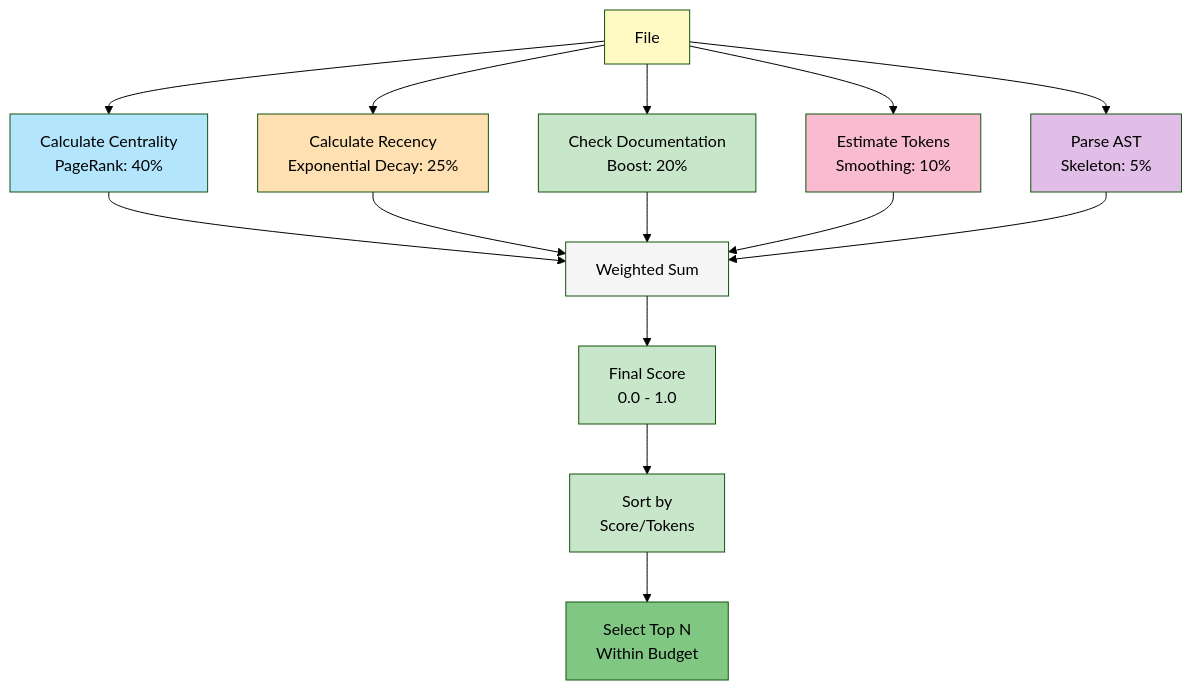
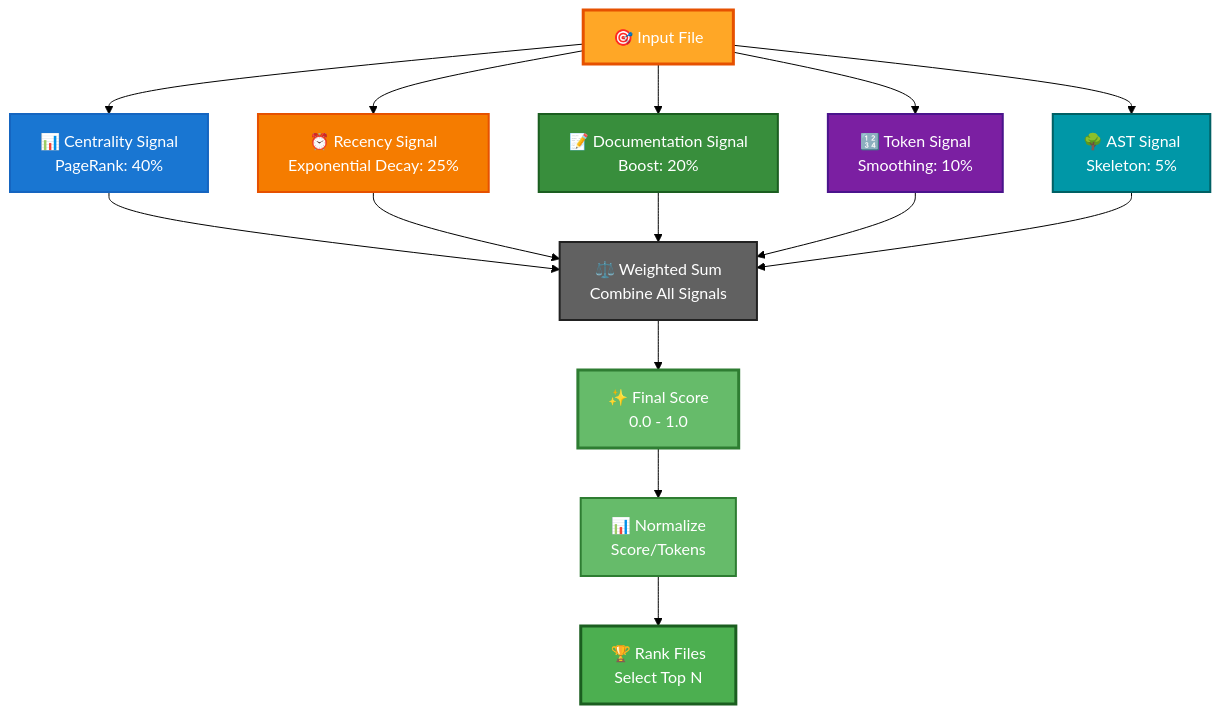
Before and after one commit to MVivekananda/rankcontext: the third of 6 diagrams in README.md, drawn with Mermaid (forest theme).

Commit message:
Fix multi-signal ranking algorithm diagram with better colors and structure
- Redesigned diagram layout for better clarity
- Added emoji icons for each signal type
- Updated to vibrant Material Design colors
- Better visual hierarchy with bold strokes
- Improved readability and professional appearance

````diff
--- a/README.md
+++ b/README.md
@@ -304,29 +304,31 @@
 ```mermaid
 graph TB
-    A["File"] --> B["Calculate Centrality<br/>PageRank: 40%"]
-    A --> C["Calculate Recency<br/>Exponential Decay: 25%"]
-    A --> D["Check Documentation<br/>Boost: 20%"]
-    A --> E["Estimate Tokens<br/>Smoothing: 10%"]
-    A --> F["Parse AST<br/>Skeleton: 5%"]
+    Start["🎯 Input File"] 
     
-    B --> G["Weighted Sum"]
+    Start --> B["📊 Centrality Signal<br/>PageRank: 40%"]
+    Start --> C["⏰ Recency Signal<br/>Exponential Decay: 25%"]
+    Start --> D["📝 Documentation Signal<br/>Boost: 20%"]
+    Start --> E["🔢 Token Signal<br/>Smoothing: 10%"]
+    Start --> F["🌳 AST Signal<br/>Skeleton: 5%"]
+    
+    B --> G["⚖️ Weighted Sum<br/>Combine All Signals"]
     C --> G
     D --> G
     E --> G
     F --> G
     
-    G --> H["Final Score<br/>0.0 - 1.0"]
-    H --> I["Sort by<br/>Score/Tokens"]
-    I --> J["Select Top N<br/>Within Budget"]
+    G --> H["✨ Final Score<br/>0.0 - 1.0"]
+    H --> I["📊 Normalize<br/>Score/Tokens"]
+    I --> J["🏆 Rank Files<br/>Select Top N"]
     
-    style A fill:#fff9c4
-    style B fill:#b3e5fc
-    style C fill:#ffe0b2
-    style D fill:#c8e6c9
-    style E fill:#f8bbd0
-    style F fill:#e1bee7
-    style G fill:#f5f5f5
-    style H fill:#c8e6c9
-    style I fill:#c8e6c9
-    style J fill:#81c784
+    style Start fill:#FFA726,stroke:#E65100,stroke-width:3px,color:#fff
+    style B fill:#1976D2,stroke:#1565C0,stroke-width:2px,color:#fff
+    style C fill:#F57C00,stroke:#E65100,stroke-width:2px,color:#fff
+    style D fill:#388E3C,stroke:#1B5E20,stroke-width:2px,color:#fff
+    style E fill:#7B1FA2,stroke:#4A148C,stroke-width:2px,color:#fff
+    style F fill:#0097A7,stroke:#006064,stroke-width:2px,color:#fff
+    style G fill:#616161,stroke:#212121,stroke-width:2px,color:#fff
+    style H fill:#66BB6A,stroke:#2E7D32,stroke-width:3px,color:#fff
+    style I fill:#66BB6A,stroke:#2E7D32,stroke-width:2px,color:#fff
+    style J fill:#4CAF50,stroke:#1B5E20,stroke-width:3px,color:#fff
 ```
````
